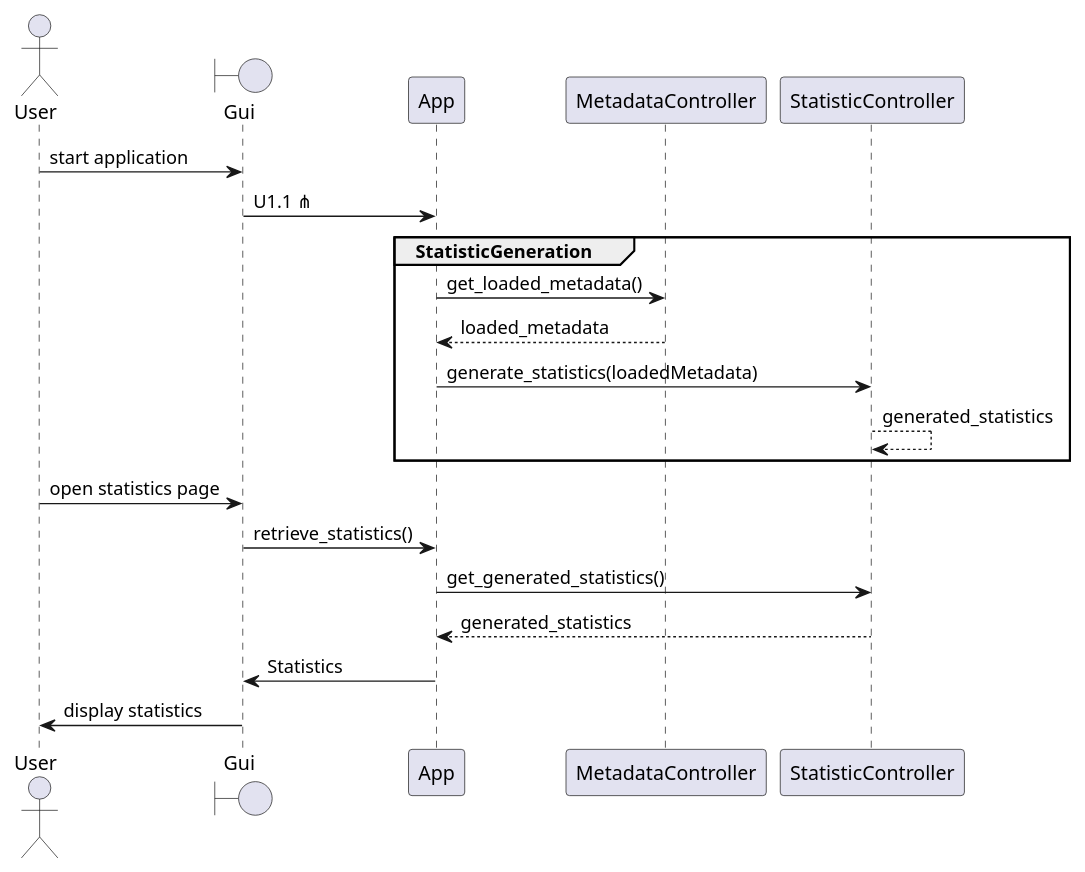
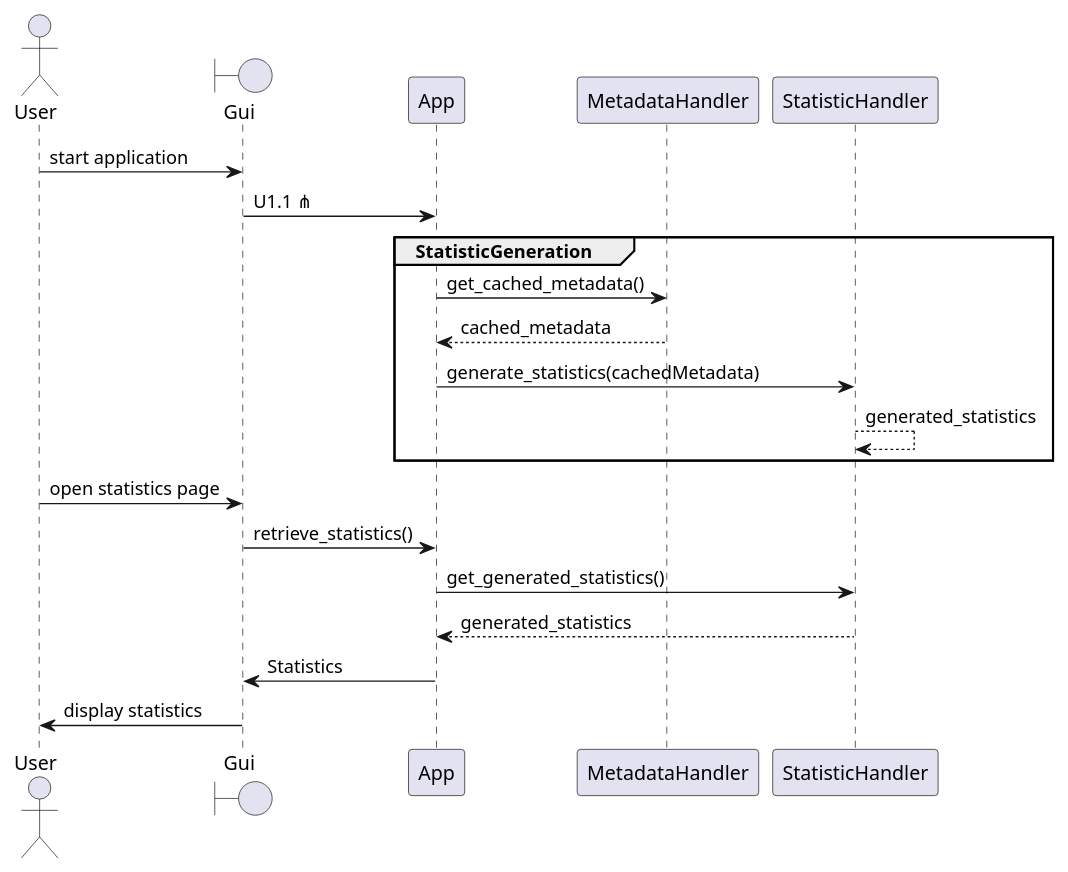
Before and after one commit to SoftwareEngineeringOne/wiki: the tenth of 10 diagrams in wiki/topics/Inkremente/04/Grobdesign.md, drawn with PlantUML. The commit also changed other lines of this file, not shown here.

Commit message:
Add modules to Class Diagramm

````diff
--- a/wiki/topics/Inkremente/04/Grobdesign.md
+++ b/wiki/topics/Inkremente/04/Grobdesign.md
@@ -507,25 +529,25 @@
 ```plantuml
 @startuml Statistiken
 actor User
 boundary Gui
 participant App
-participant MetadataController
-participant StatisticController
+participant MetadataHandler
+participant StatisticHandler
 
 User -> Gui : start application
 Gui -> App: U1.1 ⋔
 group StatisticGeneration
-    App -> MetadataController : get_loaded_metadata()
-    MetadataController --> App: loaded_metadata
-    App -> StatisticController: generate_statistics(loadedMetadata)
-    StatisticController --> StatisticController : generated_statistics
+    App -> MetadataHandler : get_cached_metadata()
+    MetadataHandler --> App: cached_metadata
+    App -> StatisticHandler: generate_statistics(cachedMetadata)
+    StatisticHandler --> StatisticHandler : generated_statistics
 end
 
 User -> Gui: open statistics page
 Gui -> App: retrieve_statistics()
-App -> StatisticController : get_generated_statistics()
-StatisticController --> App : generated_statistics
+App -> StatisticHandler : get_generated_statistics()
+StatisticHandler --> App : generated_statistics
 App -> Gui: Statistics
 Gui -> User: display statistics
 @enduml
 ```
````
